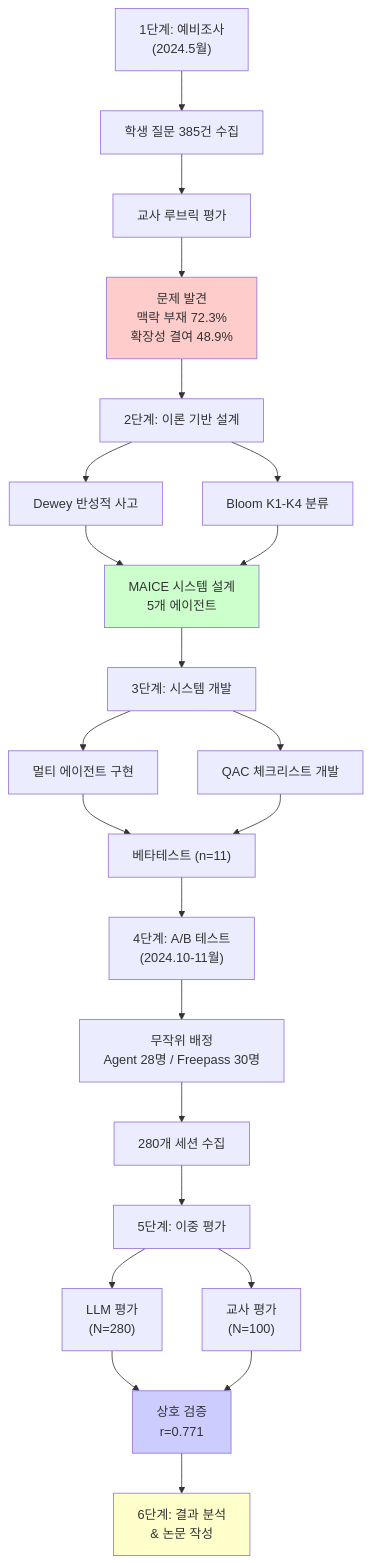
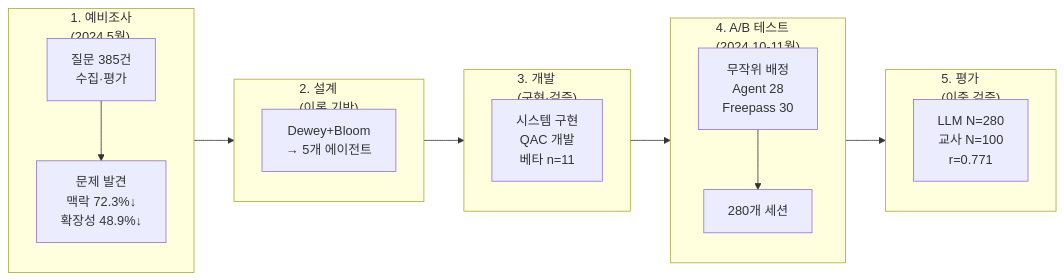
Before and after one commit to KimKyuBong/maice-paper-deploy: the second of 2 diagrams in docs/chapters/01-introduction.md, drawn with Mermaid. The commit also changed other lines of this file, not shown here.

Commit message:
1장 그림 흑백 변경 및 가로 레이아웃 개선
[그림 1-1] 프리패스 문제점:
- 흑백으로 변경 (색상 제거)
- 가로 방향 (LR)으로 변경
- 더 간결하게 통합

[그림 1-2] 연구 진행 절차:
- 흑백으로 변경 (색상 제거)
- 가로 방향 (LR)으로 변경
- subgraph로 5단계 간결하게 구성
- 세로로 길던 구조 → 가로로 짧게

인쇄용 흑백 다이어그램 완성!

````diff
--- a/docs/chapters/01-introduction.md
+++ b/docs/chapters/01-introduction.md
@@ -212,32 +201,29 @@
 ```mermaid
-flowchart TB
-    A["1단계: 예비조사<br/>(2024.5월)"] --> A1["학생 질문 385건 수집"]
-    A1 --> A2["교사 루브릭 평가"]
-    A2 --> A3["문제 발견<br/>맥락 부재 72.3%<br/>확장성 결여 48.9%"]
+flowchart LR
+    subgraph S1["1. 예비조사<br/>(2024.5월)"]
+        A1["질문 385건<br/>수집·평가"]
+        A2["문제 발견<br/>맥락 72.3%↓<br/>확장성 48.9%↓"]
+    end
     
-    A3 --> B["2단계: 이론 기반 설계"]
-    B --> B1["Dewey 반성적 사고"]
-    B --> B2["Bloom K1-K4 분류"]
-    B1 & B2 --> B3["MAICE 시스템 설계<br/>5개 에이전트"]
+    subgraph S2["2. 설계<br/>(이론 기반)"]
+        B1["Dewey+Bloom<br/>→ 5개 에이전트"]
+    end
     
-    B3 --> C["3단계: 시스템 개발"]
-    C --> C1["멀티 에이전트 구현"]
-    C --> C2["QAC 체크리스트 개발"]
-    C1 & C2 --> C3["베타테스트 (n=11)"]
+    subgraph S3["3. 개발<br/>(구현·검증)"]
+        C1["시스템 구현<br/>QAC 개발<br/>베타 n=11"]
+    end
     
-    C3 --> D["4단계: A/B 테스트<br/>(2024.10-11월)"]
-    D --> D1["무작위 배정<br/>Agent 28명 / Freepass 30명"]
-    D1 --> D2["280개 세션 수집"]
+    subgraph S4["4. A/B 테스트<br/>(2024.10-11월)"]
+        D1["무작위 배정<br/>Agent 28<br/>Freepass 30"]
+        D2["280개 세션"]
+    end
     
-    D2 --> E["5단계: 이중 평가"]
-    E --> E1["LLM 평가<br/>(N=280)"]
-    E --> E2["교사 평가<br/>(N=100)"]
-    E1 & E2 --> E3["상호 검증<br/>r=0.771"]
+    subgraph S5["5. 평가<br/>(이중 검증)"]
+        E1["LLM N=280<br/>교사 N=100<br/>r=0.771"]
+    end
     
-    E3 --> F["6단계: 결과 분석<br/>& 논문 작성"]
+    S1 --> S2 --> S3 --> S4 --> S5
     
-    style A3 fill:#ffcccc
-    style B3 fill:#ccffcc
-    style E3 fill:#ccccff
-    style F fill:#ffffcc
+    A1 --> A2
+    D1 --> D2
 ```
````
